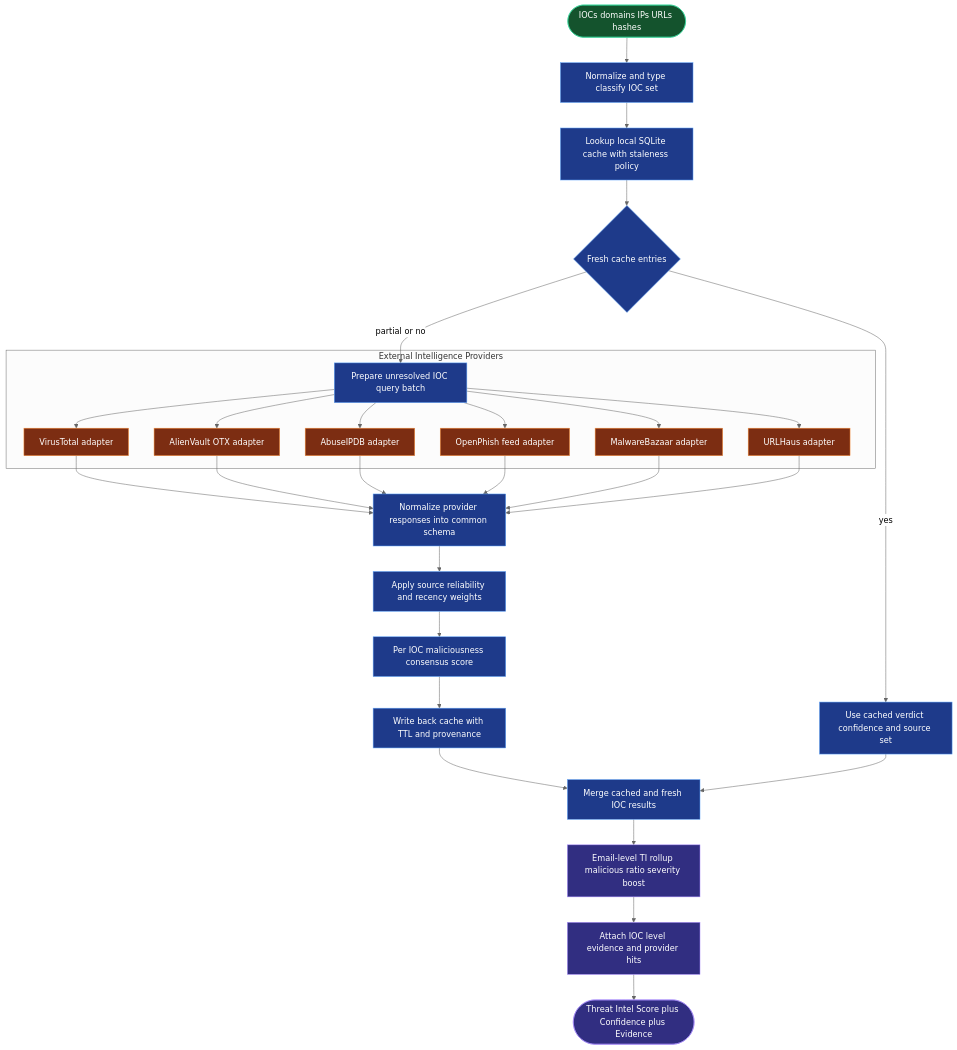
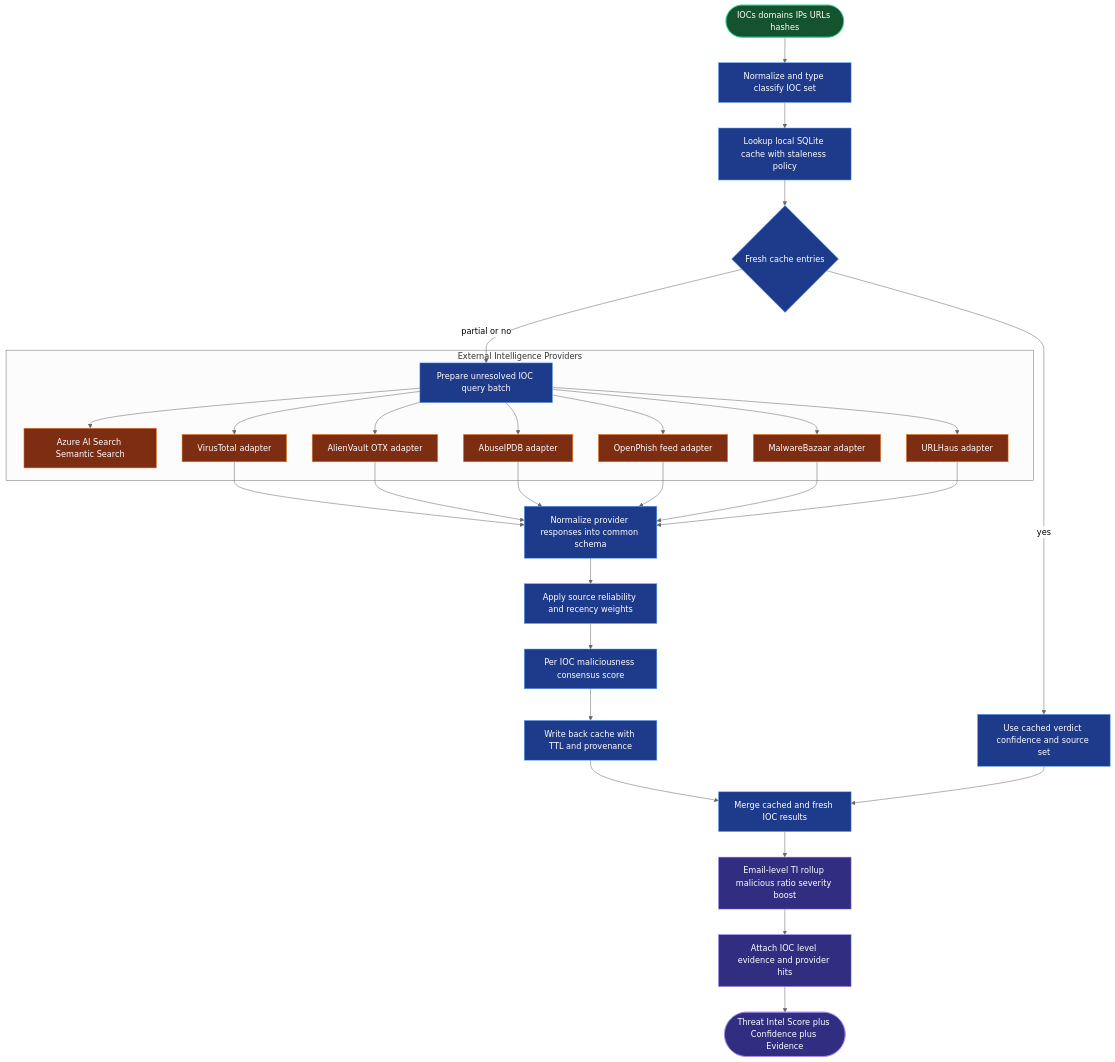
One commit to mk12002/email_security changed the eighth of 9 diagrams in docs/architecture.md. Above: the diagram before and after it, drawn with Mermaid (neutral theme). The commit also changed other lines of this file and 58 other files, not shown here.

````diff
--- a/docs/architecture.md
+++ b/docs/architecture.md
@@ -406,40 +406,41 @@
 ```mermaid
 graph TD
     classDef in fill:#14532d,stroke:#34d399,color:#fff
     classDef proc fill:#1e3a8a,stroke:#60a5fa,color:#fff
     classDef api fill:#7c2d12,stroke:#fb923c,color:#fff
     classDef out fill:#312e81,stroke:#a78bfa,color:#fff
 
     In([IOCs domains IPs URLs hashes]):::in --> Norm[Normalize and type classify IOC set]:::proc
     Norm --> Cache[Lookup local SQLite cache with staleness policy]:::proc
     Cache --> Hit{Fresh cache entries}:::proc
 
     Hit -->|yes| CachedScore[Use cached verdict confidence and source set]:::proc
     Hit -->|partial or no| Queue[Prepare unresolved IOC query batch]:::proc
 
     subgraph ProviderFanout[External Intelligence Providers]
+        Queue --> AZS[Azure AI Search Semantic Search]:::api
         Queue --> VT[VirusTotal adapter]:::api
         Queue --> OTX[AlienVault OTX adapter]:::api
         Queue --> Abuse[AbuseIPDB adapter]:::api
         Queue --> Phish[OpenPhish feed adapter]:::api
         Queue --> MZ[MalwareBazaar adapter]:::api
         Queue --> URLH[URLHaus adapter]:::api
     end
 
     VT --> Parse[Normalize provider responses into common schema]:::proc
     OTX --> Parse
     Abuse --> Parse
     Phish --> Parse
     MZ --> Parse
     URLH --> Parse
 
     Parse --> Reliability[Apply source reliability and recency weights]:::proc
     Reliability --> Consensus[Per IOC maliciousness consensus score]:::proc
     Consensus --> CacheWrite[Write back cache with TTL and provenance]:::proc
     CacheWrite --> Merge[Merge cached and fresh IOC results]:::proc
     CachedScore --> Merge
 
     Merge --> Rollup[Email-level TI rollup malicious ratio severity boost]:::out
     Rollup --> Evidence[Attach IOC level evidence and provider hits]:::out
     Evidence --> Out([Threat Intel Score plus Confidence plus Evidence]):::out
 ```
````
